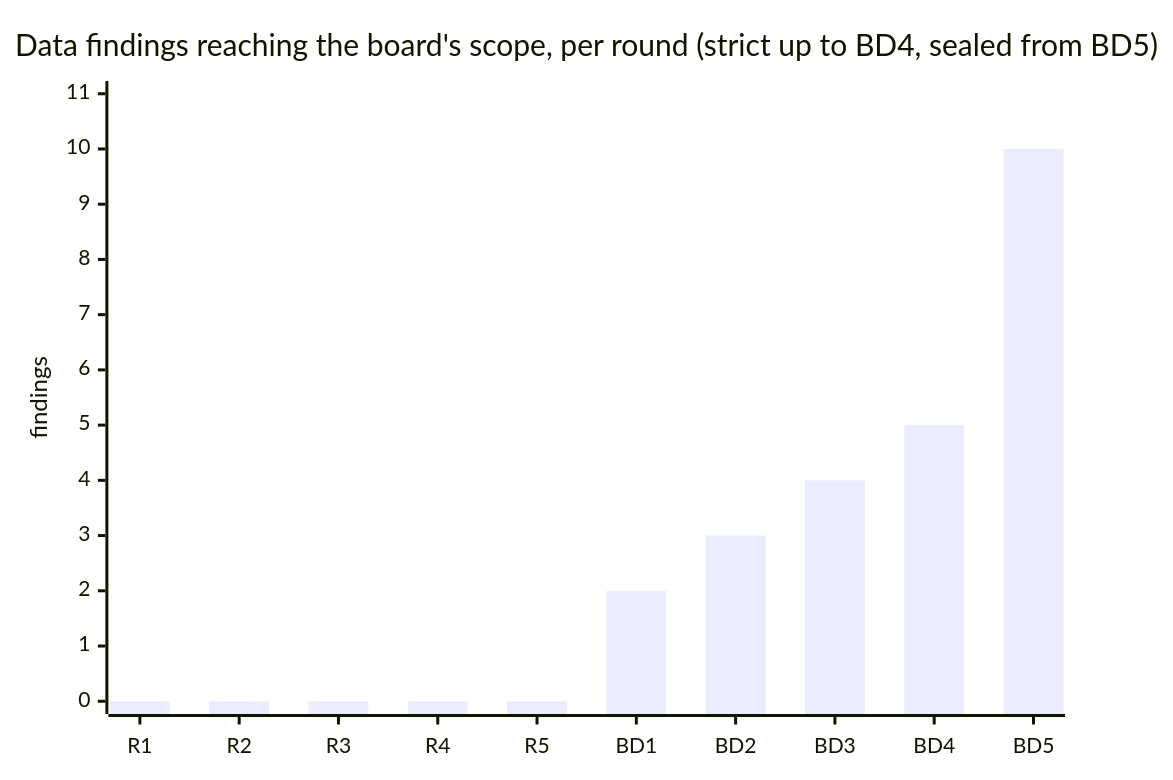
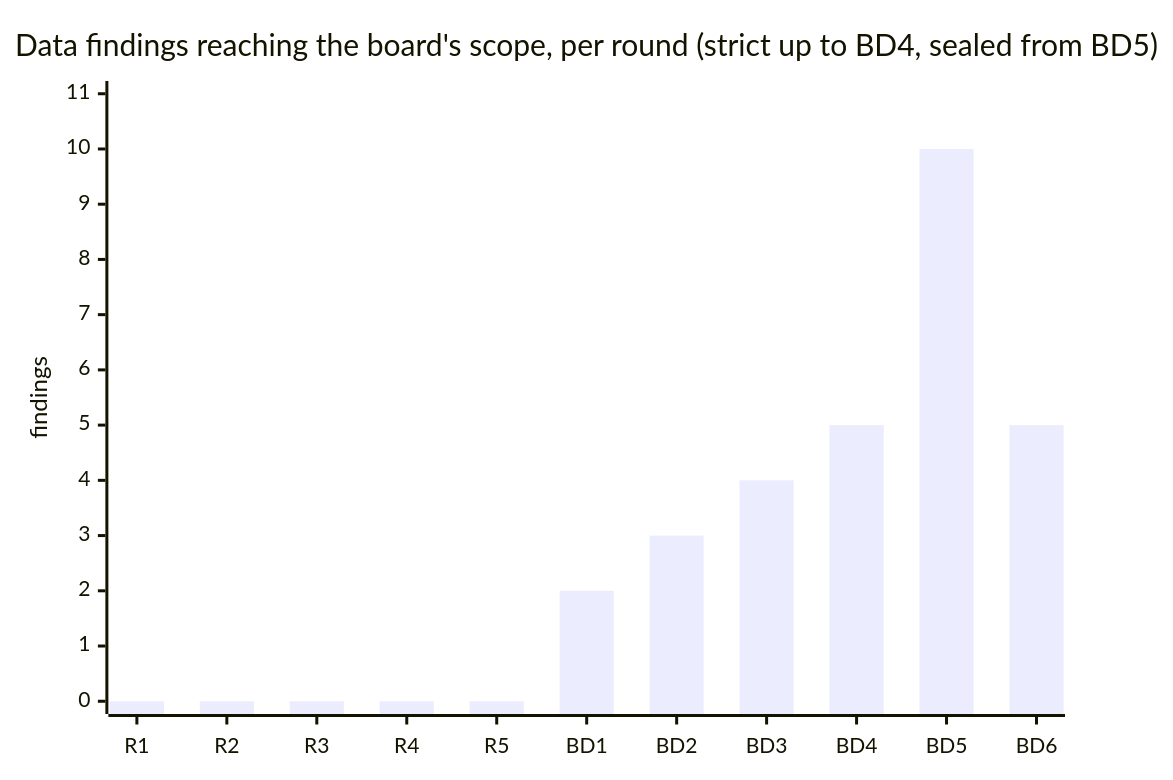
The diagram in docs/research/22_review_trajectory/README.md (MentalGear/web-sandbox), drawn with Mermaid before and after one commit. The commit also changed other lines of this file and 20 other files, not shown here.

````diff
--- a/docs/research/22_review_trajectory/README.md
+++ b/docs/research/22_review_trajectory/README.md
@@ -57,7 +64,7 @@
 ```mermaid
 xychart-beta
     title "Data findings reaching the board's scope, per round (strict up to BD4, sealed from BD5)"
-    x-axis [R1, R2, R3, R4, R5, BD1, BD2, BD3, BD4, BD5]
+    x-axis [R1, R2, R3, R4, R5, BD1, BD2, BD3, BD4, BD5, BD6]
     y-axis "findings" 0 --> 11
-    bar [0, 0, 0, 0, 0, 2, 3, 4, 5, 10]
+    bar [0, 0, 0, 0, 0, 2, 3, 4, 5, 10, 5]
 ```
````
